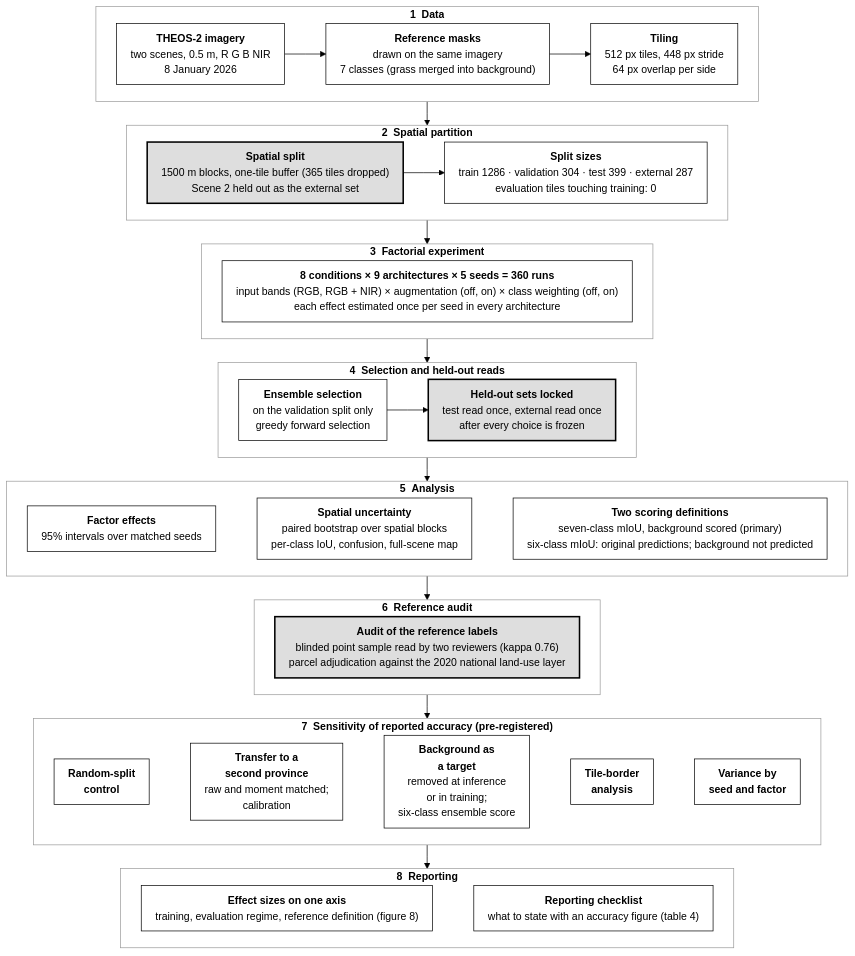
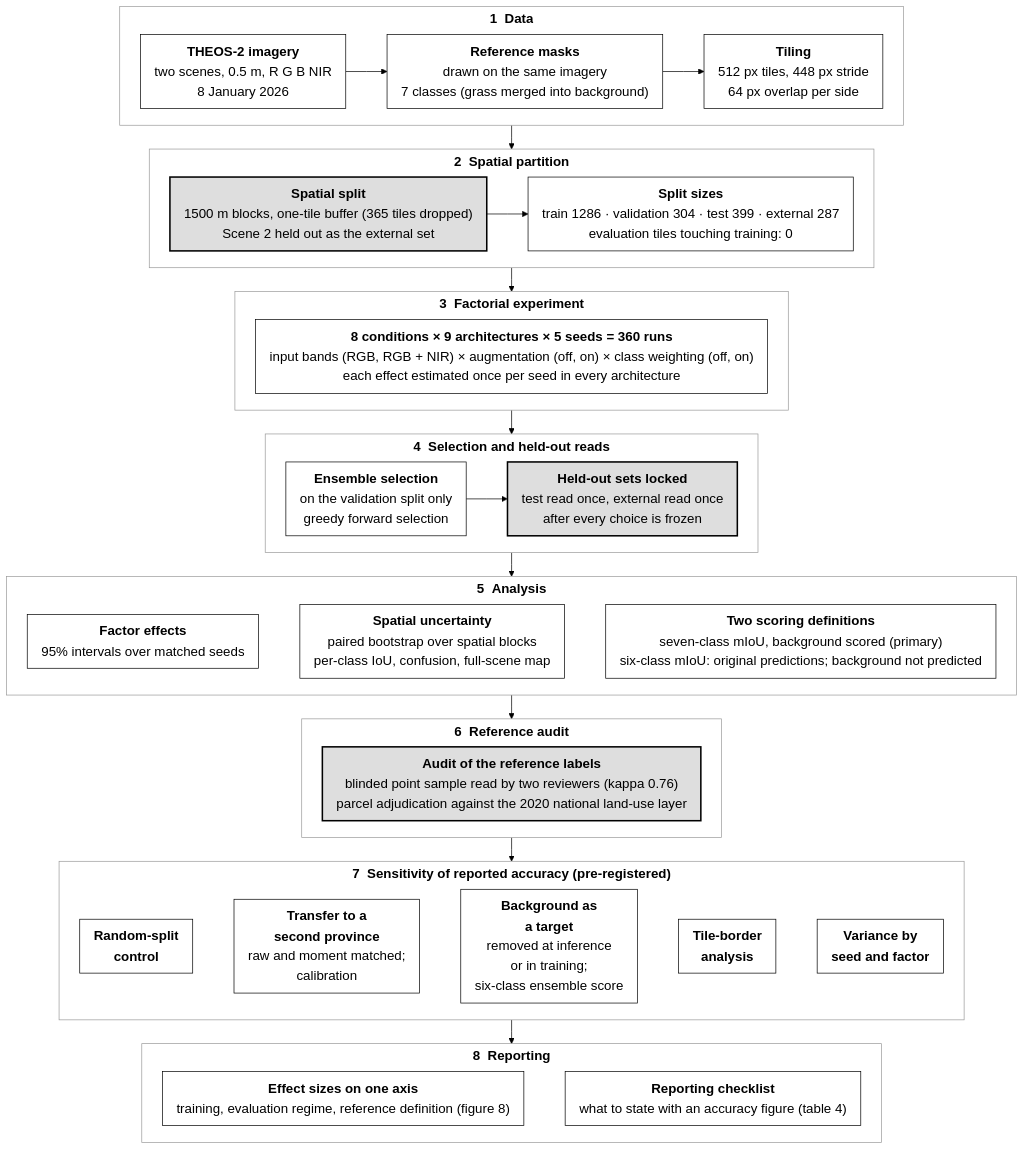
Before and after one commit to dookda/cmu_theos_paper1: the diagram in paper1/analysis/figure/fig_workflow.mmd, drawn with Mermaid. The commit also changed 14 other files, not shown here.

```diff
--- a/paper1/analysis/figure/fig_workflow.mmd
+++ b/paper1/analysis/figure/fig_workflow.mmd
@@ -1,64 +1,64 @@
-%%{init: {'theme': 'base', 'flowchart': {'curve': 'linear', 'nodeSpacing': 28, 'rankSpacing': 34, 'htmlLabels': true, 'padding': 10, 'wrappingWidth': 900}, 'themeCSS': '.nodeLabel, .cluster-label, .label, span, p, b {font-family: Arial, Helvetica, sans-serif !important; color: #000000 !important; fill: #000000 !important;}', 'themeVariables': {'fontFamily': 'Arial, Helvetica, sans-serif', 'fontSize': '15px', 'primaryColor': '#ffffff', 'primaryTextColor': '#000000', 'primaryBorderColor': '#000000', 'lineColor': '#000000', 'clusterBkg': '#ffffff', 'clusterBorder': '#9a9a9a', 'titleColor': '#000000', 'edgeLabelBackground': '#ffffff'}}}%%
+%%{init: {'theme': 'base', 'flowchart': {'curve': 'linear', 'nodeSpacing': 28, 'rankSpacing': 34, 'htmlLabels': true, 'padding': 10, 'subGraphTitleMargin': {'top': 4, 'bottom': 12}, 'wrappingWidth': 900}, 'themeCSS': '.nodeLabel, .cluster-label, .label, span, p, b {font-family: Arial, Helvetica, sans-serif !important; color: #000000 !important; fill: #000000 !important;}', 'themeVariables': {'fontFamily': 'Arial, Helvetica, sans-serif', 'fontSize': '19px', 'primaryColor': '#ffffff', 'primaryTextColor': '#000000', 'primaryBorderColor': '#000000', 'lineColor': '#000000', 'clusterBkg': '#ffffff', 'clusterBorder': '#9a9a9a', 'titleColor': '#000000', 'edgeLabelBackground': '#ffffff'}}}%%
 flowchart TB
     subgraph S1["<b>1 &nbsp;Data</b>"]
         direction LR
         IMG["<b>THEOS-2 imagery</b><br/>two scenes, 0.5 m, R G B NIR<br/>8 January 2026"]
         REF["<b>Reference masks</b><br/>drawn on the same imagery<br/>7 classes (grass merged into background)"]
         TILE["<b>Tiling</b><br/>512 px tiles, 448 px stride<br/>64 px overlap per side"]
     end
     subgraph S2["<b>2 &nbsp;Spatial partition</b>"]
         direction LR
         SPLIT["<b>Spatial split</b><br/>1500 m blocks, one-tile buffer (365 tiles dropped)<br/>Scene 2 held out as the external set"]
         COUNT["<b>Split sizes</b><br/>train 1286 · validation 304 · test 399 · external 287<br/>evaluation tiles touching training: 0"]
     end
     subgraph S3["<b>3 &nbsp;Factorial experiment</b>"]
         direction LR
         FACT["<b>8 conditions × 9 architectures × 5 seeds = 360 runs</b><br/>input bands (RGB, RGB + NIR) × augmentation (off, on) × class weighting (off, on)<br/>each effect estimated once per seed in every architecture"]
     end
     subgraph S4["<b>4 &nbsp;Selection and held-out reads</b>"]
         direction LR
         SEL["<b>Ensemble selection</b><br/>on the validation split only<br/>greedy forward selection"]
         LOCK["<b>Held-out sets locked</b><br/>test read once, external read once<br/>after every choice is frozen"]
     end
     subgraph S5["<b>5 &nbsp;Analysis</b>"]
         direction LR
         EFF["<b>Factor effects</b><br/>95% intervals over matched seeds"]
         UNC["<b>Spatial uncertainty</b><br/>paired bootstrap over spatial blocks<br/>per-class IoU, confusion, full-scene map"]
         SCORE["<b>Two scoring definitions</b><br/>seven-class mIoU, background scored (primary)<br/>six-class mIoU: original predictions; background not predicted"]
     end
     subgraph S6["<b>6 &nbsp;Reference audit</b>"]
         direction LR
         AUDIT["<b>Audit of the reference labels</b><br/>blinded point sample read by two reviewers (kappa 0.76)<br/>parcel adjudication against the 2020 national land-use layer"]
     end
     subgraph S7["<b>7 &nbsp;Sensitivity of reported accuracy (pre-registered)</b>"]
         direction LR
         A1["<b>Random-split<br/>control</b>"]
         A2["<b>Transfer to a<br/>second province</b><br/>raw and moment matched;<br/>calibration"]
         A3["<b>Background as<br/>a target</b><br/>removed at inference<br/>or in training;<br/>six-class ensemble score"]
         A4["<b>Tile-border<br/>analysis</b>"]
         A5["<b>Variance by<br/>seed and factor</b>"]
     end
     subgraph S8["<b>8 &nbsp;Reporting</b>"]
         direction LR
         R1["<b>Effect sizes on one axis</b><br/>training, evaluation regime, reference definition (figure 8)"]
         R2["<b>Reporting checklist</b><br/>what to state with an accuracy figure (table 4)"]
     end
     IMG --> REF --> TILE
     SPLIT --> COUNT
     SEL --> LOCK
     S1 --> S2 --> S3 --> S4 --> S5 --> S6 --> S7 --> S8
     A1 ~~~ A2 ~~~ A3 ~~~ A4 ~~~ A5
     EFF ~~~ UNC ~~~ SCORE
     R1 ~~~ R2
     classDef box fill:#ffffff,stroke:#000000,stroke-width:1px,color:#000000;
     classDef key fill:#dedede,stroke:#000000,stroke-width:2.2px,color:#000000;
     class IMG,REF,TILE,COUNT,FACT,SEL,EFF,UNC,SCORE,A1,A2,A3,A4,A5,R1,R2 box;
     class SPLIT,LOCK,AUDIT key;
     style S1 fill:#ffffff,stroke:#9a9a9a,stroke-width:1px,color:#000000
     style S2 fill:#ffffff,stroke:#9a9a9a,stroke-width:1px,color:#000000
     style S3 fill:#ffffff,stroke:#9a9a9a,stroke-width:1px,color:#000000
     style S4 fill:#ffffff,stroke:#9a9a9a,stroke-width:1px,color:#000000
     style S5 fill:#ffffff,stroke:#9a9a9a,stroke-width:1px,color:#000000
     style S6 fill:#ffffff,stroke:#9a9a9a,stroke-width:1px,color:#000000
     style S7 fill:#ffffff,stroke:#9a9a9a,stroke-width:1px,color:#000000
     style S8 fill:#ffffff,stroke:#9a9a9a,stroke-width:1px,color:#000000
```
